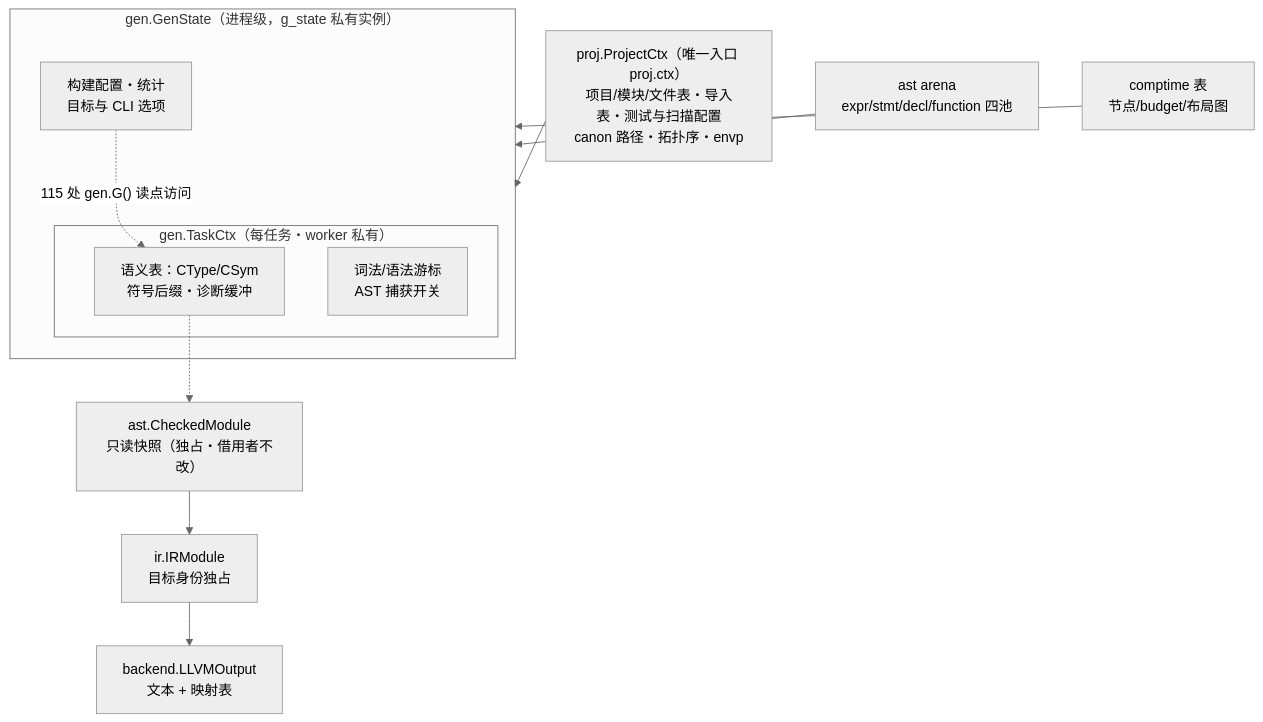
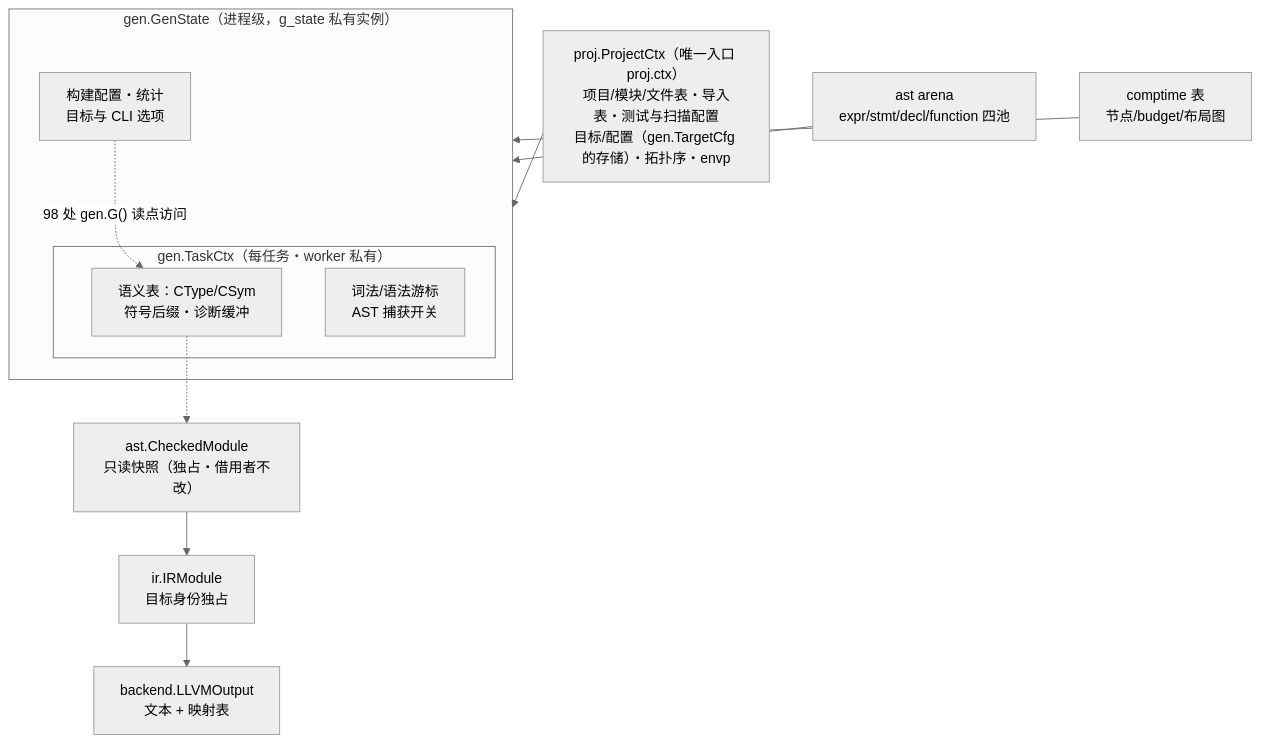
The seventh of 9 diagrams in docs/03-design/yh-架构图-2026-10-25.md (lalavender/x), drawn with Mermaid (neutral theme) before and after one commit. The commit also changed other lines of this file and 2 other files, not shown here.

Commit message:
docs: B1-2 交付记录（目标/配置归 proj、canon 显式出参）+ todo/架构图数字同步

````diff
--- a/docs/03-design/yh-架构图-2026-10-25.md
+++ b/docs/03-design/yh-架构图-2026-10-25.md
@@ -328,17 +328,17 @@
 ```mermaid
 flowchart TB
   subgraph GS["gen.GenState（进程级，g_state 私有实例）"]
     G1["构建配置・统计<br/>目标与 CLI 选项"]
     subgraph TC["gen.TaskCtx（每任务・worker 私有）"]
       T1["语义表：CType/CSym<br/>符号后缀・诊断缓冲"]
       T2["词法/语法游标<br/>AST 捕获开关"]
     end
   end
-  PJ["proj.ProjectCtx（唯一入口 proj.ctx）<br/>项目/模块/文件表・导入表・测试与扫描配置<br/>canon 路径・拓扑序・envp"] --> GS
+  PJ["proj.ProjectCtx（唯一入口 proj.ctx）<br/>项目/模块/文件表・导入表・测试与扫描配置<br/>目标/配置（gen.TargetCfg 的存储）・拓扑序・envp"] --> GS
   ASTARENA["ast arena<br/>expr/stmt/decl/function 四池"] --> GS
   CTTAB["comptime 表<br/>节点/budget/布局图"] --> GS
   SNAP["ast.CheckedModule<br/>只读快照（独占・借用者不改）"] --> IRM["ir.IRModule<br/>目标身份独占"]
   IRM --> LLOUT["backend.LLVMOutput<br/>文本 + 映射表"]
-  G1 -.->|"115 处 gen.G() 读点访问"| T1
+  G1 -.->|"98 处 gen.G() 读点访问"| T1
   T1 -.-> SNAP
 ```
````
